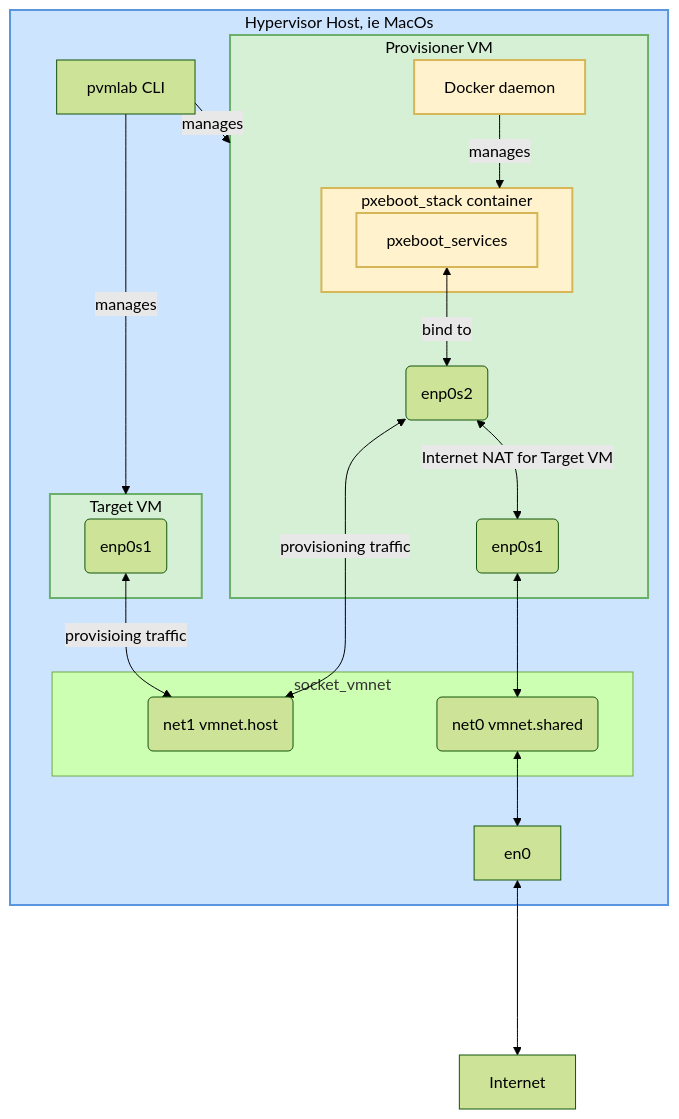
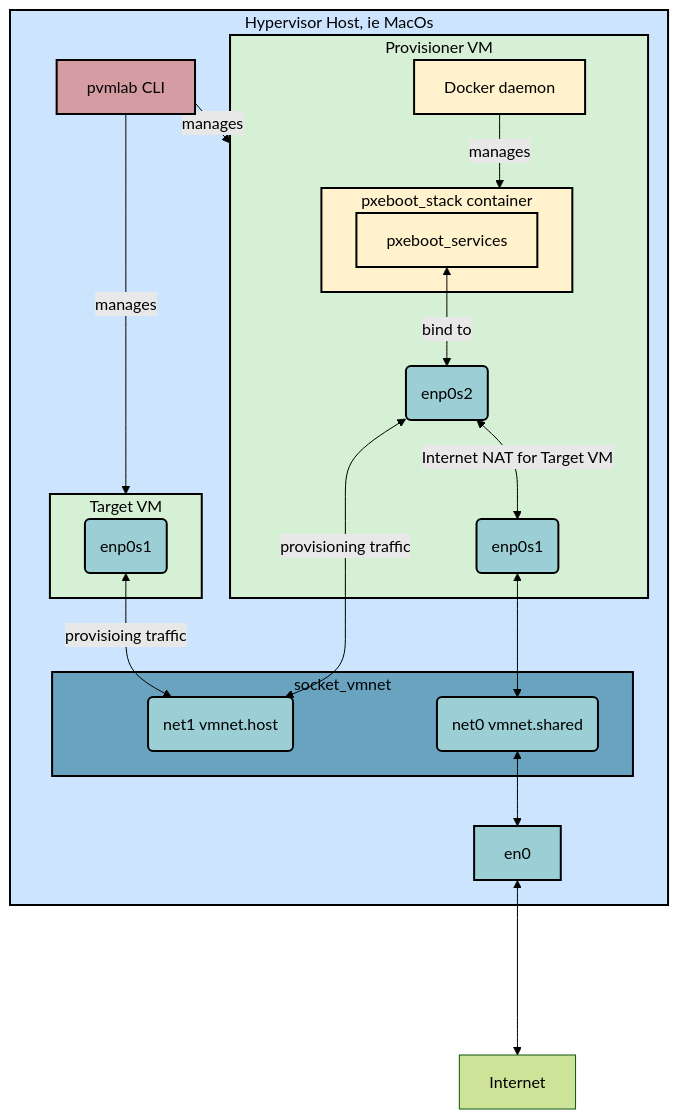
Before and after one commit to pallotron/pvmlab: the diagram in README.md, drawn with Mermaid (forest theme).

Commit message:
mermaid graph

````diff
--- a/README.md
+++ b/README.md
@@ -21,46 +21,52 @@
 ```mermaid
 graph TD
 %% Define style classes for different components
-classDef hostStyle fill:#cde4ff,stroke:#5a96e0,stroke-width:2px,color:#000
-classDef vmStyle fill:#d5f0d5,stroke:#6ab06a,stroke-width:2px,color:#000
-classDef dockerStyle fill:#fff2cc,stroke:#d6b656,stroke-width:2px,color:#000
+classDef hostStyle fill:#cde4ff,stroke:black,stroke-width:2px,color:#000
+classDef vmStyle fill:#d5f0d5,stroke:black,stroke-width:2px,color:#000
+classDef dockerStyle fill:#fff2cc,stroke:black,stroke-width:2px,color:#000
+classDef interfaceStyle fill:#9cced6,stroke:black,stroke-width:2px,color:#000
+classDef cliStyle fill:#d69ca4,stroke:black,stroke-width:2px,color:#000
+classDef socketVmnetStyle fill:#69a3bf,stroke:black,stroke-width:2px,color:#000
 
 subgraph H [Hypervisor Host, ie MacOs]
     cli[pvmlab CLI]
     en0
     subgraph V [Provisioner VM]
         provisioner_vm_enp0s1(enp0s1)
         provisioner_vm_enp0s2(enp0s2)
         Docker[Docker daemon]
         subgraph "pxeboot_stack" [pxeboot_stack container]
             pxeboot_services
         end
     end
     subgraph T [Target VM]
         target_vm_enp0s1(enp0s1)
     end
     subgraph N [socket_vmnet]
         virtual_net1_private(net1 vmnet.host)
         virtual_net0_shared(net0 vmnet.shared)
     end
 end
 
 
 en0 <----> Internet
 Docker -- manages --> pxeboot_stack
 provisioner_vm_enp0s1 <--> virtual_net0_shared
 provisioner_vm_enp0s2 <-- provisioning traffic --> virtual_net1_private
 provisioner_vm_enp0s2 <-- Internet NAT for Target VM --> provisioner_vm_enp0s1
 target_vm_enp0s1 <-- provisioing traffic --> virtual_net1_private
 pxeboot_services <-- bind to --> provisioner_vm_enp0s2
 virtual_net0_shared <--> en0
 cli -- manages --> V
 cli -- manages --> T
 
 
 %% Apply the defined classes to the nodes
 class H hostStyle
 class pxeboot_stack,Docker,pxeboot_services dockerStyle
 class V,T vmStyle
+class target_vm_enp0s1,provisioner_vm_enp0s1,provisioner_vm_enp0s2,provisioner_vm_enp0s3,en0,virtual_net0_shared,virtual_net1_private interfaceStyle
+class cli cliStyle
+class N socketVmnetStyle
 linkStyle default stroke:black
 ```
````
